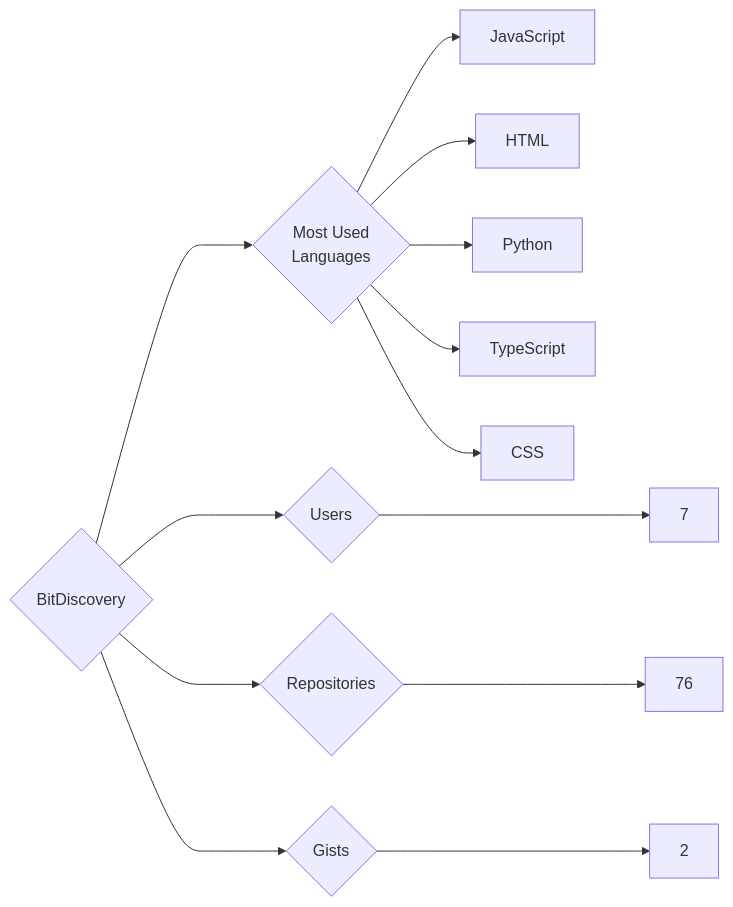
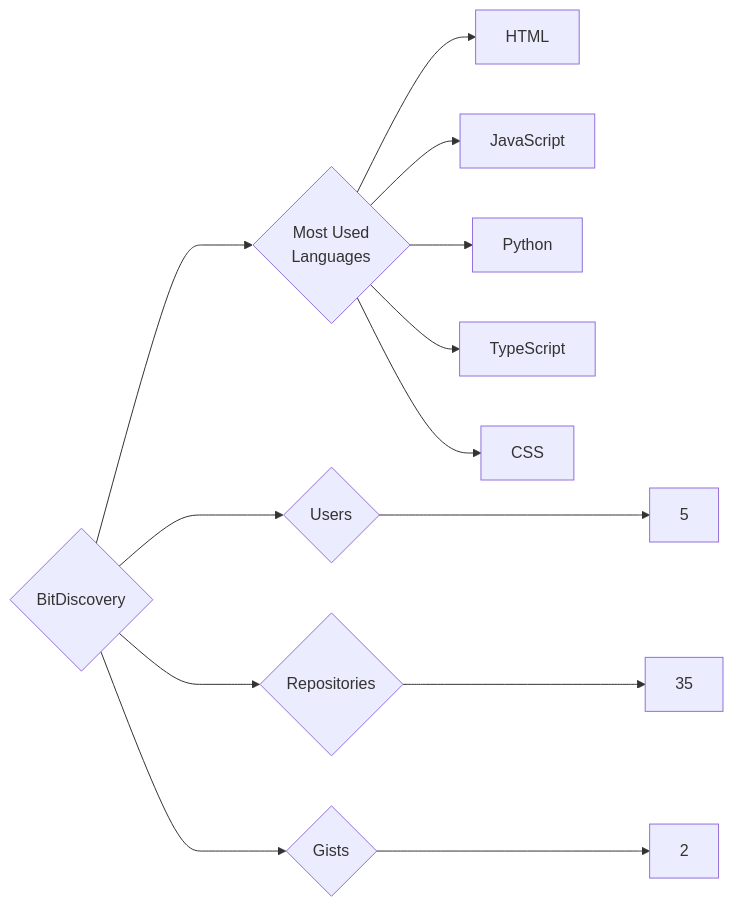
One commit to trickest/insiders changed the diagram in targets/BitDiscovery/README.md. Above: the diagram before and after it, drawn with Mermaid. The commit also changed 998 other files, not shown here.

````diff
--- a/targets/BitDiscovery/README.md
+++ b/targets/BitDiscovery/README.md
@@ -3,13 +3,13 @@
 ```mermaid
 graph LR
 COMPANY_NAME{BitDiscovery}
-COMPANY_NAME ---> U{Users} ---> UN[7]
-COMPANY_NAME ---> R{Repositories} ---> RN[76]
+COMPANY_NAME ---> U{Users} ---> UN[5]
+COMPANY_NAME ---> R{Repositories} ---> RN[35]
 COMPANY_NAME ---> G{Gists} ---> GN[2]
 COMPANY_NAME ---> ML{Most Used<br>Languages}
+ML --> HTML[HTML]
 ML --> JavaScript[JavaScript]
-ML --> HTML[HTML]
 ML --> Python[Python]
 ML --> TypeScript[TypeScript]
 ML --> CSS[CSS]
 ```
````
